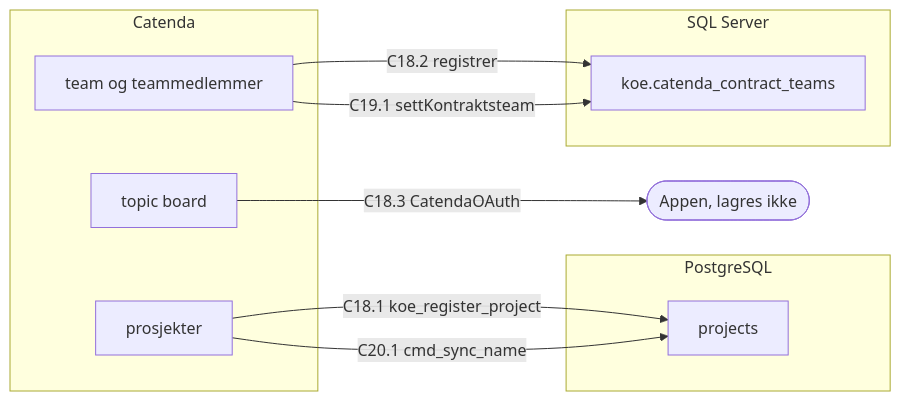
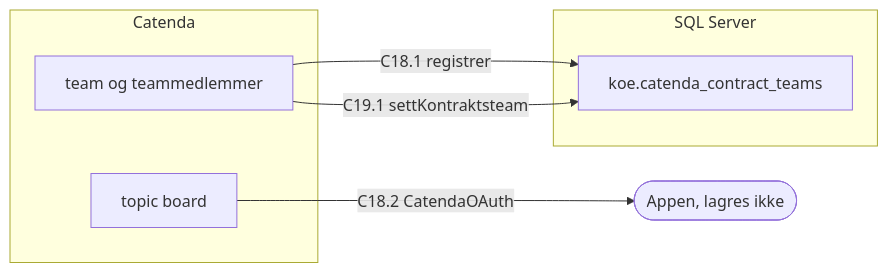
Before and after one commit to khjohns/endringsmeldinger: the fourth of 4 diagrams in docs/datamodell/relasjoner.md, drawn with Mermaid. The commit also changed other lines of this file and 37 other files, not shown here.

````diff
--- a/docs/datamodell/relasjoner.md
+++ b/docs/datamodell/relasjoner.md
@@ -887,20 +489,14 @@
 ```mermaid
 flowchart LR
     subgraph g0["Catenda"]
-        c_prosjekt["prosjekter"]
         c_team["team og teammedlemmer"]
         c_board["topic board"]
     end
-    subgraph g1["PostgreSQL"]
-        t_projects["projects"]
-    end
-    subgraph g3["SQL Server"]
+    subgraph g1["SQL Server"]
         t_koe_catenda_contract_teams["koe.catenda_contract_teams"]
     end
     t_appen(["Appen, lagres ikke"])
-    c_prosjekt -->|"C18.1 koe_register_project"| t_projects
-    c_team -->|"C18.2 registrer"| t_koe_catenda_contract_teams
-    c_board -->|"C18.3 CatendaOAuth"| t_appen
+    c_team -->|"C18.1 registrer"| t_koe_catenda_contract_teams
+    c_board -->|"C18.2 CatendaOAuth"| t_appen
     c_team -->|"C19.1 settKontraktsteam"| t_koe_catenda_contract_teams
-    c_prosjekt -->|"C20.1 cmd_sync_name"| t_projects
 ```
````
